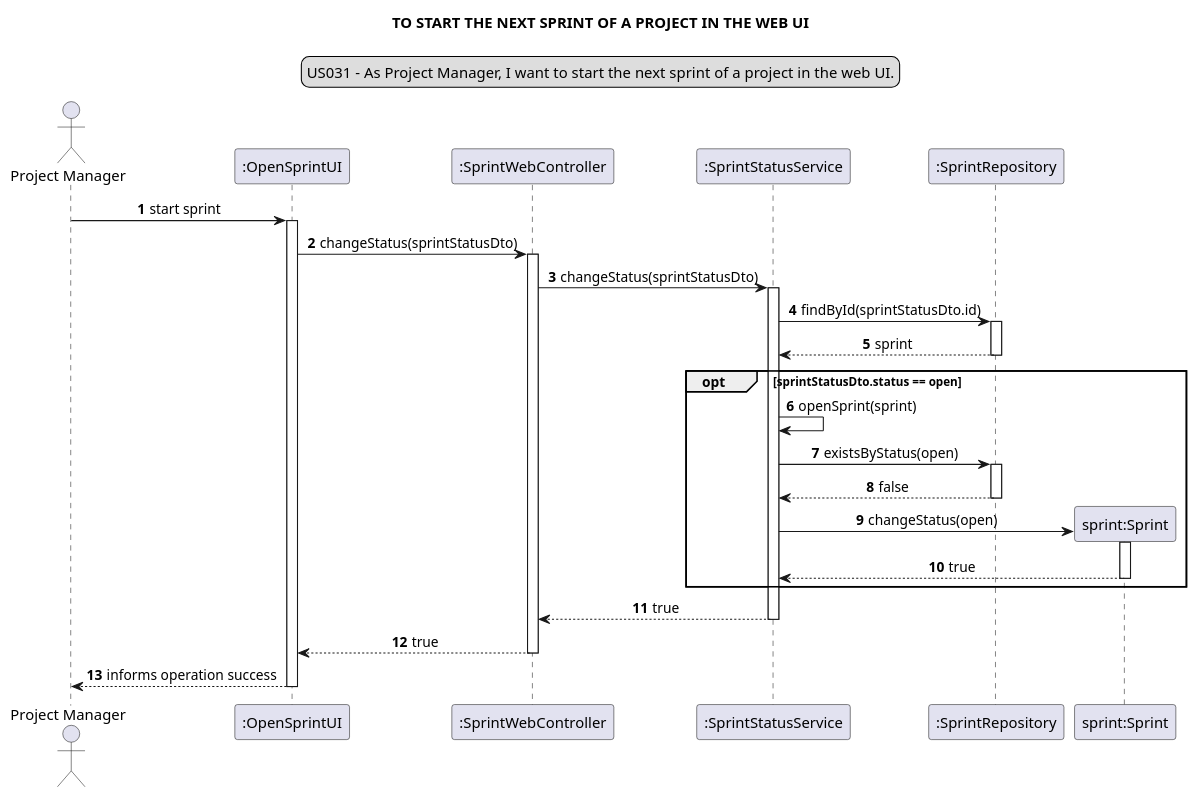
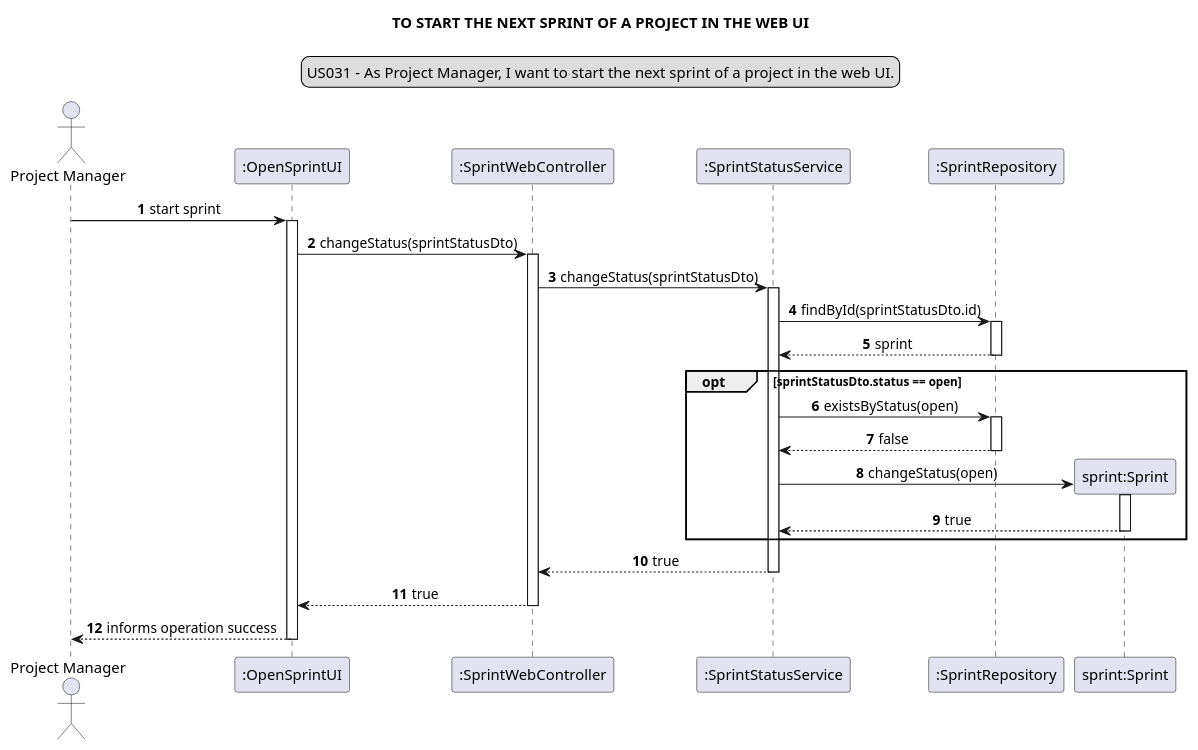
One commit to Loracline/project_switch_22-23 changed the diagram in docs/modelling_design/user_stories/sprint07/US031_sequenceDiagram_ddd.puml. Above: the diagram before and after it, drawn with PlantUML. The commit also changed 2 other files, not shown here.

Commit message:
US031: Design: Updated sequence and class diagrams, addresses #651

```diff
--- a/docs/modelling_design/user_stories/sprint07/US031_sequenceDiagram_ddd.puml
+++ b/docs/modelling_design/user_stories/sprint07/US031_sequenceDiagram_ddd.puml
@@ -1,44 +1,43 @@
 @startuml
 skinparam sequenceMessageAlign center
 title TO START THE NEXT SPRINT OF A PROJECT IN THE WEB UI
 legend top
 US031 - As Project Manager, I want to start the next sprint of a project in the web UI.
 end legend
 autonumber
 
 actor "Project Manager" as pm
 participant ":OpenSprintUI" as ui
 participant ":SprintWebController" as controller
 participant ":SprintStatusService" as service
 participant ":SprintRepository" as repo
 participant "sprint:Sprint" as sprint
 
 pm -> ui: start sprint
 activate ui
 ui -> controller: changeStatus(sprintStatusDto)
 activate controller
 controller -> service: changeStatus(sprintStatusDto)
 activate service
 service -> repo: findById(sprintStatusDto.id)
 activate repo
 repo --> service: sprint
 deactivate repo
 opt sprintStatusDto.status == open
-service -> service: openSprint(sprint)
 service -> repo: existsByStatus(open)
 activate repo
 repo --> service: false
 deactivate repo
 create sprint
 service -> sprint: changeStatus(open)
 activate sprint
 sprint --> service: true
 deactivate sprint
 end
 service --> controller: true
 deactivate service
 controller --> ui: true
 deactivate controller
 ui --> pm: informs operation success
 deactivate ui
 @enduml
```
